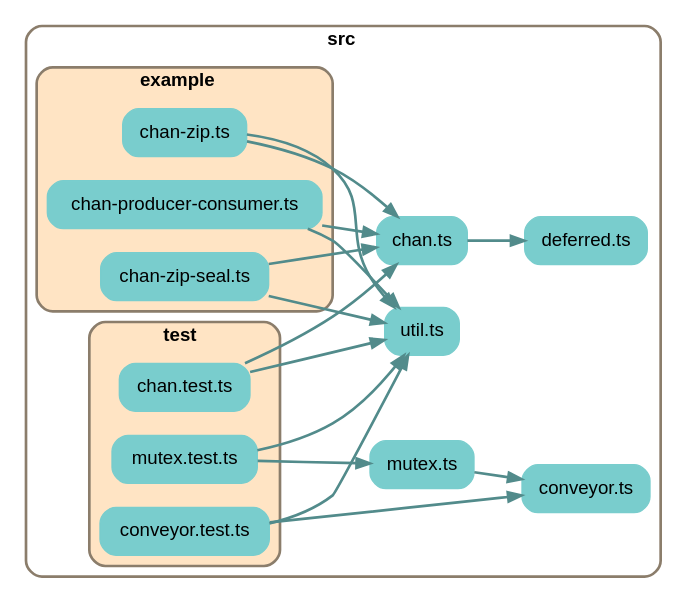
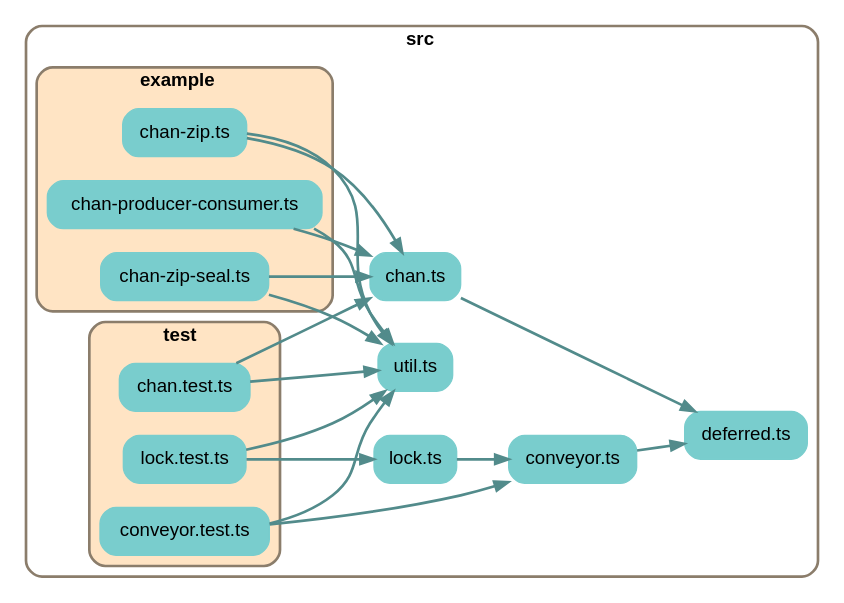
One commit to cinnamon-bun/concurrency-friends changed the diagram in depchart/depchart-all.dot. Above: the diagram before and after it, drawn with Graphviz. The commit also changed 5 other files, not shown here.

```diff
--- a/depchart/depchart-all.dot
+++ b/depchart/depchart-all.dot
@@ -1,68 +1,69 @@
 
 digraph G {
     //splines=line;
     //splines=polyline;
     splines=true;
     rankdir=LR;
     //newrank=true;
     compound=true;
     graph [fontname = "helvetica"];  // dpi=72
     node [fontname = "helvetica"];
     edge [fontname = "helvetica"];
     
     // files in their folder clusters
 
-    subgraph cluster1055115927 {
+    subgraph cluster6723605718 {
         label=<<b>src</b>>;
         style="rounded";
         color=bisque4;
         penwidth=2;
                 
         "src/chan.ts" [label="chan.ts", shape=rectangle; style="rounded,filled"; color=darkslategray3];
         "src/conveyor.ts" [label="conveyor.ts", shape=rectangle; style="rounded,filled"; color=darkslategray3];
         "src/deferred.ts" [label="deferred.ts", shape=rectangle; style="rounded,filled"; color=darkslategray3];
-        "src/mutex.ts" [label="mutex.ts", shape=rectangle; style="rounded,filled"; color=darkslategray3];
+        "src/lock.ts" [label="lock.ts", shape=rectangle; style="rounded,filled"; color=darkslategray3];
         "src/util.ts" [label="util.ts", shape=rectangle; style="rounded,filled"; color=darkslategray3];
 
-        subgraph cluster640717230 {
+        subgraph cluster4794301731 {
             label=<<b>example</b>>;
             style="rounded,filled";
             fillcolor=bisque;
             color=bisque4;
             penwidth=2;
                 
             "src/example/chan-producer-consumer.ts" [label="chan-producer-consumer.ts", shape=rectangle; style="rounded,filled"; color=darkslategray3];
             "src/example/chan-zip-seal.ts" [label="chan-zip-seal.ts", shape=rectangle; style="rounded,filled"; color=darkslategray3];
             "src/example/chan-zip.ts" [label="chan-zip.ts", shape=rectangle; style="rounded,filled"; color=darkslategray3];
         }
 
-        subgraph cluster3159672447 {
+        subgraph cluster1206226089 {
             label=<<b>test</b>>;
             style="rounded,filled";
             fillcolor=bisque;
             color=bisque4;
             penwidth=2;
                 
             "src/test/chan.test.ts" [label="chan.test.ts", shape=rectangle; style="rounded,filled"; color=darkslategray3];
             "src/test/conveyor.test.ts" [label="conveyor.test.ts", shape=rectangle; style="rounded,filled"; color=darkslategray3];
-            "src/test/mutex.test.ts" [label="mutex.test.ts", shape=rectangle; style="rounded,filled"; color=darkslategray3];
+            "src/test/lock.test.ts" [label="lock.test.ts", shape=rectangle; style="rounded,filled"; color=darkslategray3];
         }
     }
 
     // edges between files
     "src/chan.ts" -> "src/deferred.ts" [penwidth=2; color=darkslategray4];
+    "src/conveyor.ts" -> "src/deferred.ts" [penwidth=2; color=darkslategray4];
     "src/example/chan-producer-consumer.ts" -> "src/chan.ts" [penwidth=2; color=darkslategray4];
     "src/example/chan-producer-consumer.ts" -> "src/util.ts" [penwidth=2; color=darkslategray4];
     "src/example/chan-zip-seal.ts" -> "src/chan.ts" [penwidth=2; color=darkslategray4];
     "src/example/chan-zip-seal.ts" -> "src/util.ts" [penwidth=2; color=darkslategray4];
     "src/example/chan-zip.ts" -> "src/chan.ts" [penwidth=2; color=darkslategray4];
     "src/example/chan-zip.ts" -> "src/util.ts" [penwidth=2; color=darkslategray4];
-    "src/mutex.ts" -> "src/conveyor.ts" [penwidth=2; color=darkslategray4];
+    "src/lock.ts" -> "src/conveyor.ts" [penwidth=2; color=darkslategray4];
     "src/test/chan.test.ts" -> "src/chan.ts" [penwidth=2; color=darkslategray4];
     "src/test/chan.test.ts" -> "src/util.ts" [penwidth=2; color=darkslategray4];
     "src/test/conveyor.test.ts" -> "src/conveyor.ts" [penwidth=2; color=darkslategray4];
     "src/test/conveyor.test.ts" -> "src/util.ts" [penwidth=2; color=darkslategray4];
-    "src/test/mutex.test.ts" -> "src/mutex.ts" [penwidth=2; color=darkslategray4];
-    "src/test/mutex.test.ts" -> "src/util.ts" [penwidth=2; color=darkslategray4];
+    "src/test/lock.test.ts" -> "src/lock.ts" [penwidth=2; color=darkslategray4];
+    "src/test/lock.test.ts" -> "src/util.ts" [penwidth=2; color=darkslategray4];
 
 }
```
